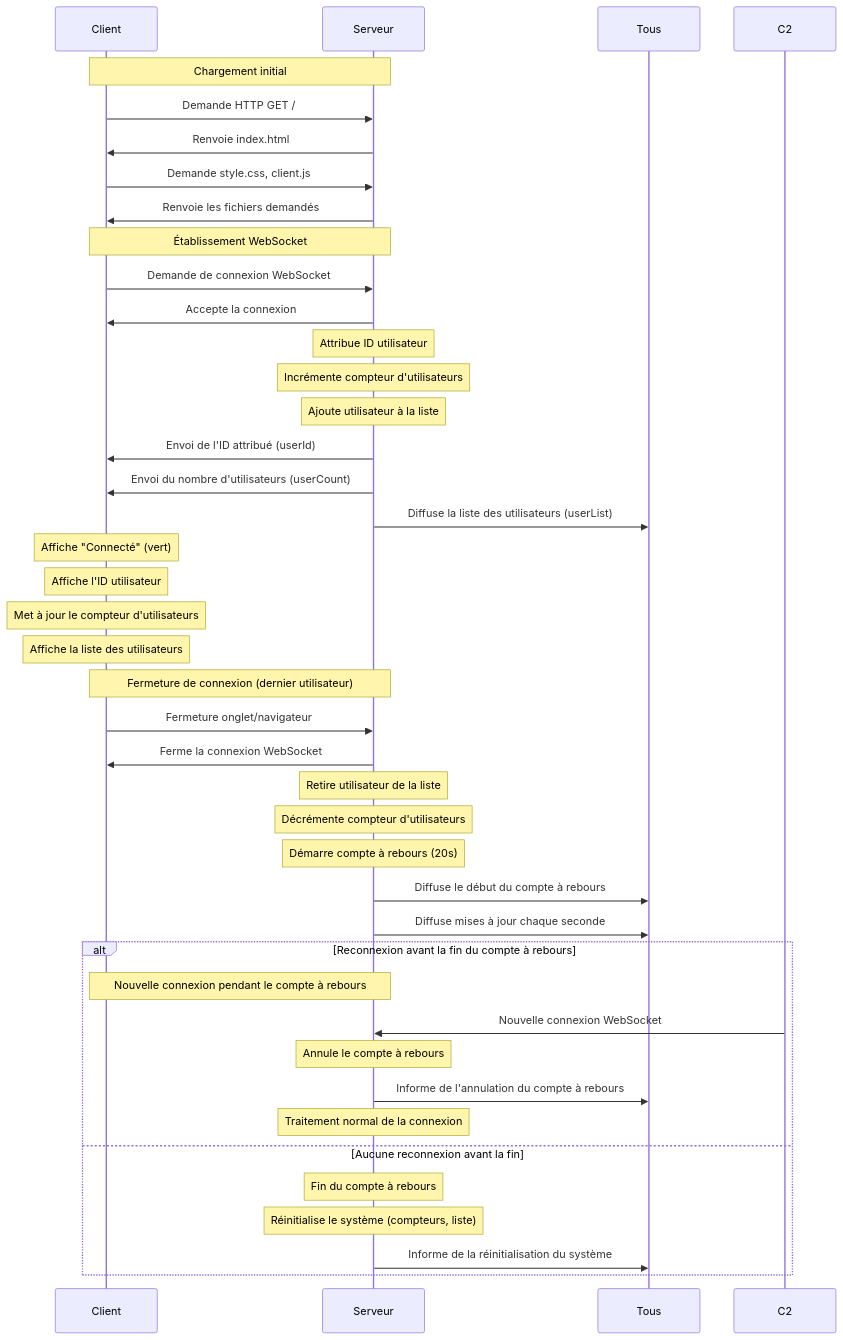
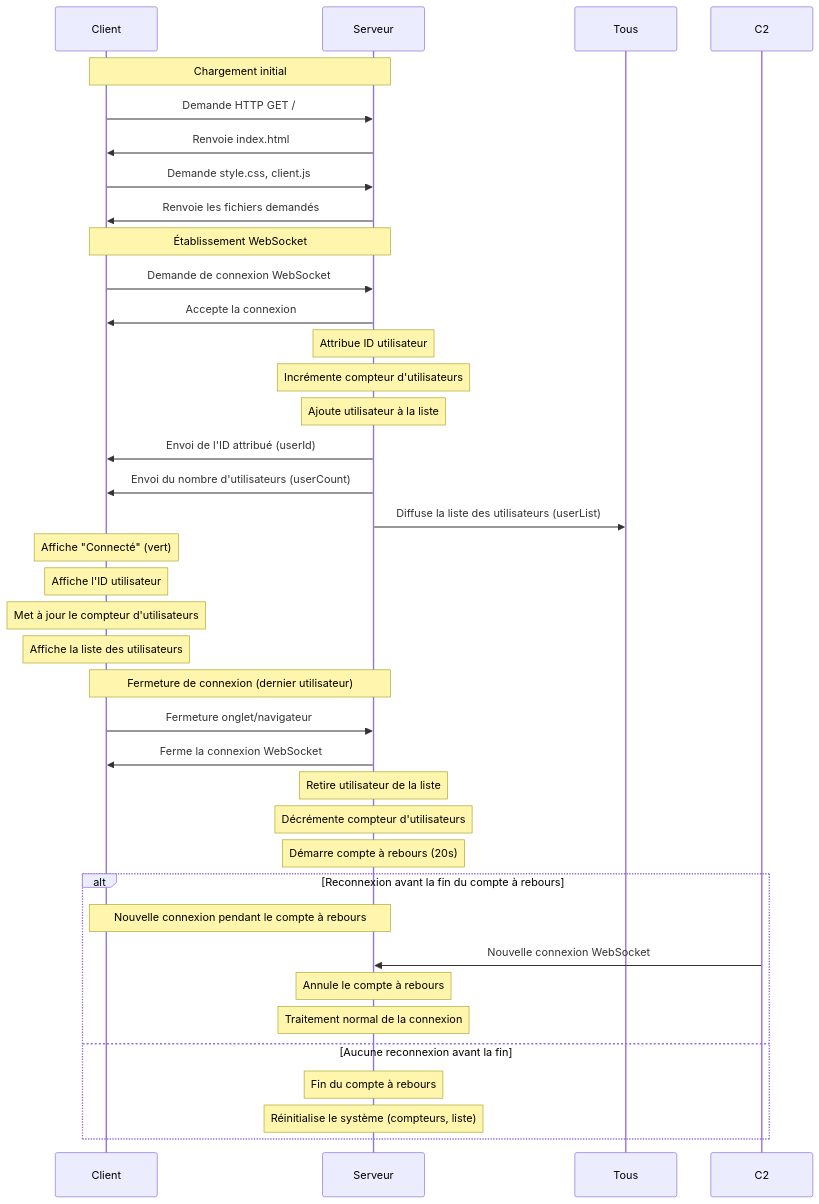
Before and after one commit to nicolasmbronner/basic-websocket-prototype: the first of 2 diagrams in docs/technical.md, drawn with Mermaid. The commit also changed other lines of this file and 5 other files, not shown here.

````diff
--- a/docs/technical.md
+++ b/docs/technical.md
@@ -9,46 +9,42 @@
 ```mermaid
 sequenceDiagram
     participant C as Client
     participant S as Serveur
 
     Note over C,S: Chargement initial
     C->>S: Demande HTTP GET /
     S->>C: Renvoie index.html
     C->>S: Demande style.css, client.js
     S->>C: Renvoie les fichiers demandés
     
     Note over C,S: Établissement WebSocket
     C->>S: Demande de connexion WebSocket
     S->>C: Accepte la connexion
     Note over S: Attribue ID utilisateur
     Note over S: Incrémente compteur d'utilisateurs
     Note over S: Ajoute utilisateur à la liste
     S->>C: Envoi de l'ID attribué (userId)
     S->>C: Envoi du nombre d'utilisateurs (userCount)
     S->>Tous: Diffuse la liste des utilisateurs (userList)
     Note over C: Affiche "Connecté" (vert)
     Note over C: Affiche l'ID utilisateur
     Note over C: Met à jour le compteur d'utilisateurs
     Note over C: Affiche la liste des utilisateurs
     
     Note over C,S: Fermeture de connexion (dernier utilisateur)
     C->>S: Fermeture onglet/navigateur
     S->>C: Ferme la connexion WebSocket
     Note over S: Retire utilisateur de la liste
     Note over S: Décrémente compteur d'utilisateurs
     Note over S: Démarre compte à rebours (20s)
-    S->>Tous: Diffuse le début du compte à rebours
-    S->>Tous: Diffuse mises à jour chaque seconde
     
     alt Reconnexion avant la fin du compte à rebours
         Note over C,S: Nouvelle connexion pendant le compte à rebours
         C2->>S: Nouvelle connexion WebSocket
         Note over S: Annule le compte à rebours
-        S->>Tous: Informe de l'annulation du compte à rebours
         Note over S: Traitement normal de la connexion
     else Aucune reconnexion avant la fin
         Note over S: Fin du compte à rebours
         Note over S: Réinitialise le système (compteurs, liste)
-        S->>Tous: Informe de la réinitialisation du système
     end
 ```
````
